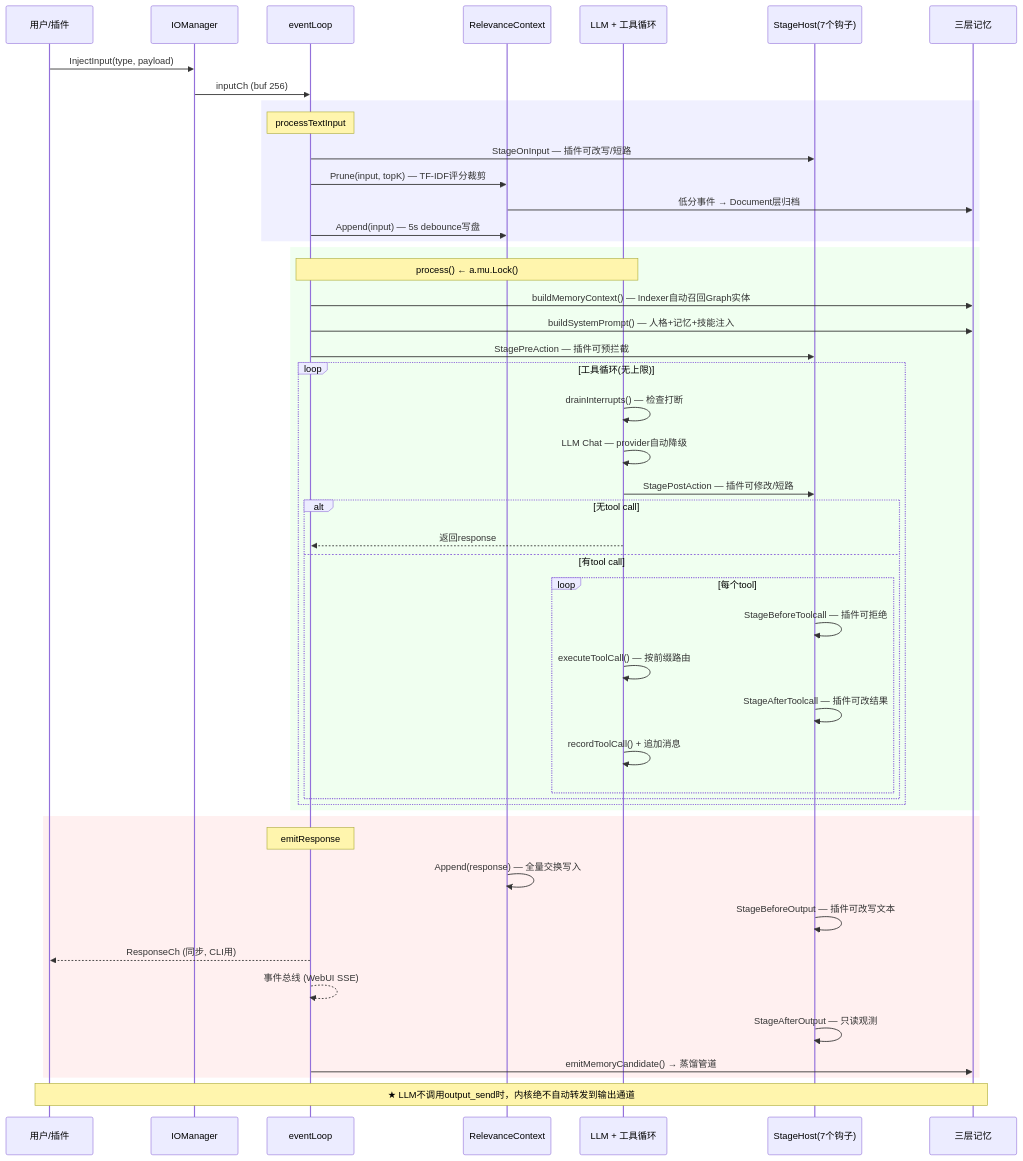
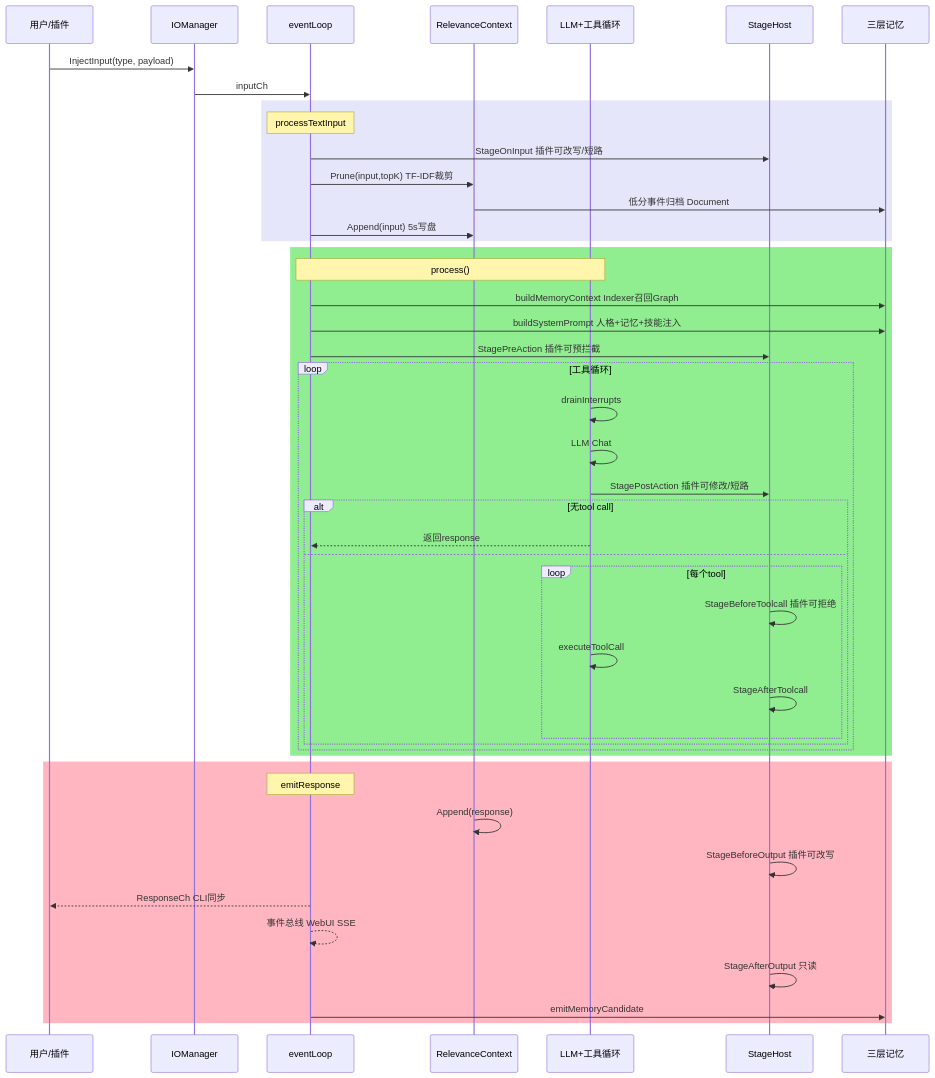
One commit to JianFeeeee/HomeAgent changed the first of 3 diagrams in README.md. Above: the diagram before and after it, drawn with Mermaid. The commit also changed other lines of this file and 1 other file, not shown here.

Commit message:
docs: simplify README diagrams, move detailed explanations to ARCHITECTURE.md

````diff
--- a/README.md
+++ b/README.md
@@ -24,56 +24,49 @@
 ```mermaid
 sequenceDiagram
-    participant User as 用户/插件
+    participant U as 用户/插件
     participant IO as IOManager
-    participant Event as eventLoop
-    participant Ctx as RelevanceContext
-    participant LLM as LLM + 工具循环
-    participant Stage as StageHost(7个钩子)
-    participant Mem as 三层记忆
+    participant EV as eventLoop
+    participant CTX as RelevanceContext
+    participant LLM as LLM+工具循环
+    participant ST as StageHost
+    participant MEM as 三层记忆
 
-    User->>IO: InjectInput(type, payload)
-    IO->>Event: inputCh (buf 256)
-    
-    rect rgb(240, 240, 255)
-        Note over Event: processTextInput
-        Event->>Stage: StageOnInput — 插件可改写/短路
-        Event->>Ctx: Prune(input, topK) — TF-IDF评分裁剪
-        Ctx->>Mem: 低分事件 → Document层归档
-        Event->>Ctx: Append(input) — 5s debounce写盘
+    U->>IO: InjectInput(type, payload)
+    IO->>EV: inputCh
+    rect lavender
+        Note over EV: processTextInput
+        EV->>ST: StageOnInput  插件可改写/短路
+        EV->>CTX: Prune(input,topK)  TF-IDF裁剪
+        CTX->>MEM: 低分事件归档 Document
+        EV->>CTX: Append(input)  5s写盘
     end
-    
-    rect rgb(240, 255, 240)
-        Note over Event,LLM: process() ← a.mu.Lock()
-        Event->>Mem: buildMemoryContext() — Indexer自动召回Graph实体
-        Event->>Mem: buildSystemPrompt() — 人格+记忆+技能注入
-        Event->>Stage: StagePreAction — 插件可预拦截
-        
-        loop 工具循环(无上限)
-            LLM->>LLM: drainInterrupts() — 检查打断
-            LLM->>LLM: LLM Chat — provider自动降级
-            LLM->>Stage: StagePostAction — 插件可修改/短路
+    rect lightgreen
+        Note over EV,LLM: process()
+        EV->>MEM: buildMemoryContext  Indexer召回Graph
+        EV->>MEM: buildSystemPrompt  人格+记忆+技能注入
+        EV->>ST: StagePreAction  插件可预拦截
+        loop 工具循环
+            LLM->>LLM: drainInterrupts
+            LLM->>LLM: LLM Chat
+            LLM->>ST: StagePostAction  插件可修改/短路
             alt 无tool call
-                LLM-->>Event: 返回response
-            else 有tool call
+                LLM-->>EV: 返回response
+            else
                 loop 每个tool
-                    Stage->>Stage: StageBeforeToolcall — 插件可拒绝
-                    LLM->>LLM: executeToolCall() — 按前缀路由
-                    Stage->>Stage: StageAfterToolcall — 插件可改结果
-                    LLM->>LLM: recordToolCall() + 追加消息
+                    ST->>ST: StageBeforeToolcall  插件可拒绝
+                    LLM->>LLM: executeToolCall
+                    ST->>ST: StageAfterToolcall
                 end
             end
         end
     end
-    
-    rect rgb(255, 240, 240)
-        Note over Event: emitResponse
-        Ctx->>Ctx: Append(response) — 全量交换写入
-        Stage->>Stage: StageBeforeOutput — 插件可改写文本
-        Event-->>User: ResponseCh (同步, CLI用)
-        Event-->>Event: 事件总线 (WebUI SSE)
-        Stage->>Stage: StageAfterOutput — 只读观测
-        Event->>Mem: emitMemoryCandidate() → 蒸馏管道
+    rect lightpink
+        Note over EV: emitResponse
+        CTX->>CTX: Append(response)
+        ST->>ST: StageBeforeOutput  插件可改写
+        EV-->>U: ResponseCh CLI同步
+        EV-->>EV: 事件总线 WebUI SSE
+        ST->>ST: StageAfterOutput  只读
+        EV->>MEM: emitMemoryCandidate
     end
-
-    Note over User,Mem: ★ LLM不调用output_send时，内核绝不自动转发到输出通道
 ```
````
